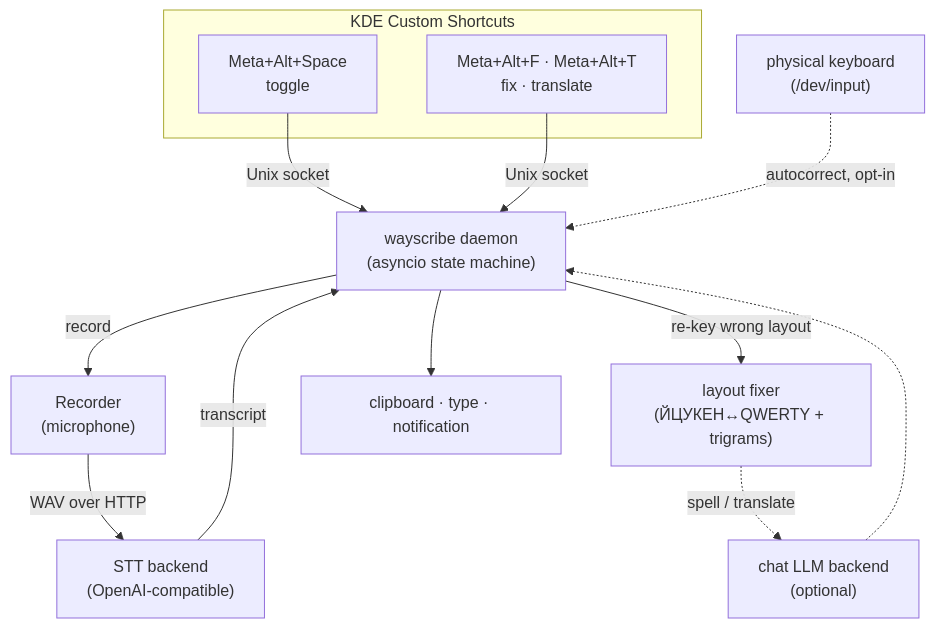
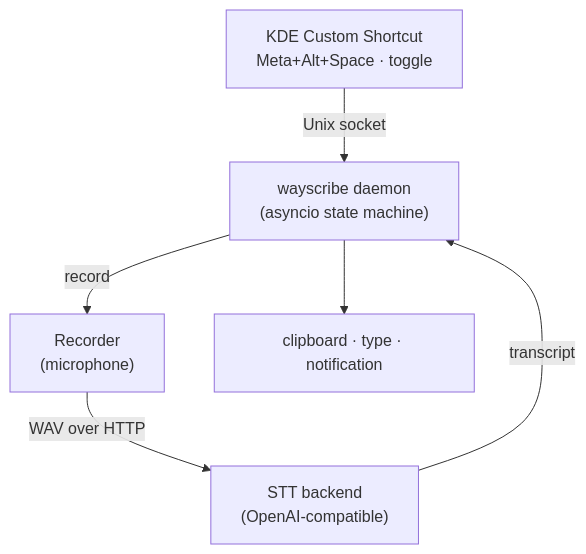
The diagram in README.md (vlad4run/wayscribe), drawn with Mermaid before and after one commit. The commit also changed other lines of this file and 30 other files, not shown here.

````diff
--- a/README.md
+++ b/README.md
@@ -23,20 +21,11 @@
 ```mermaid
 flowchart TD
-    subgraph keys[KDE Custom Shortcuts]
-        T["Meta+Alt+Space<br/>toggle"]
-        F["Meta+Alt+F · Meta+Alt+T<br/>fix · translate"]
-    end
-    T & F -->|Unix socket| Daemon["wayscribe daemon<br/>(asyncio state machine)"]
+    T["KDE Custom Shortcut<br/>Meta+Alt+Space · toggle"]
+    T -->|Unix socket| Daemon["wayscribe daemon<br/>(asyncio state machine)"]
 
     Daemon -->|record| Mic["Recorder<br/>(microphone)"]
     Mic -->|WAV over HTTP| STT["STT backend<br/>(OpenAI-compatible)"]
     STT -->|transcript| Daemon
 
-    Daemon -->|re-key wrong layout| Fixer["layout fixer<br/>(ЙЦУКЕН↔QWERTY + trigrams)"]
-    Fixer -.->|spell / translate| LLM["chat LLM backend<br/>(optional)"]
-    LLM -.-> Daemon
-
     Daemon --> Out["clipboard · type · notification"]
-
-    Kbd["physical keyboard<br/>(/dev/input)"] -.->|autocorrect, opt-in| Daemon
 ```
````
